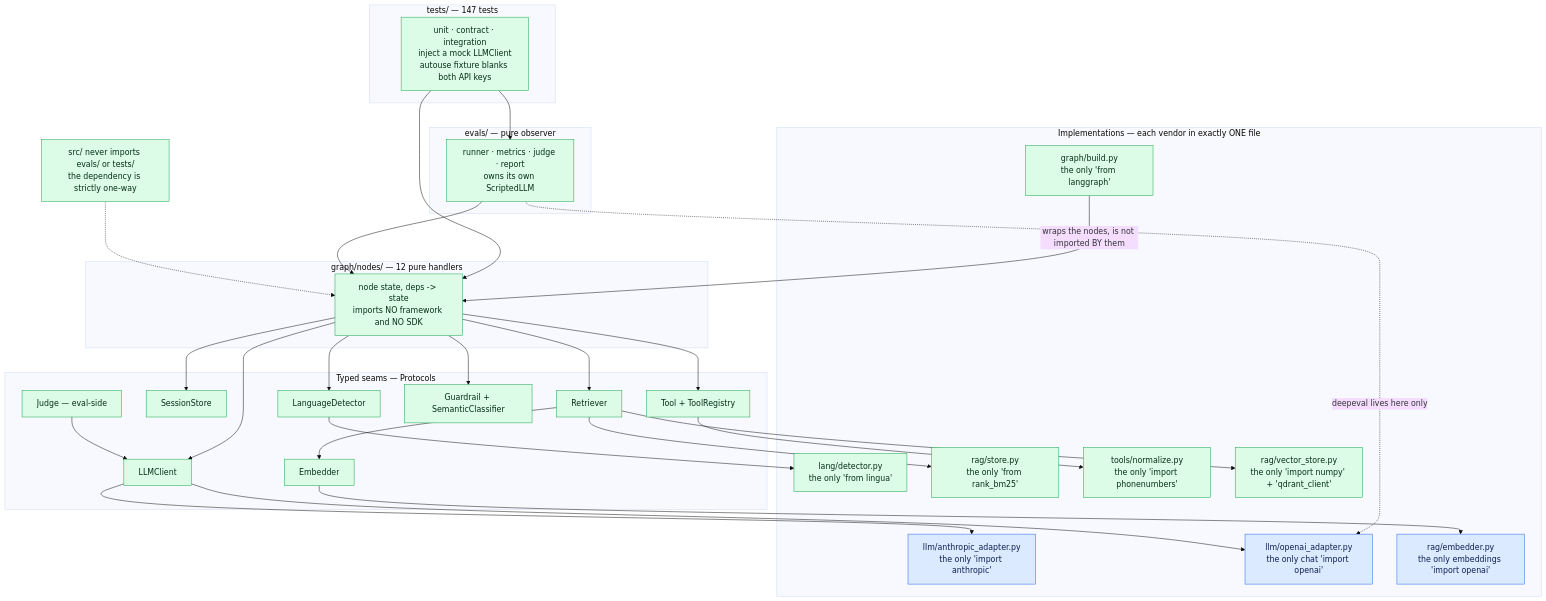
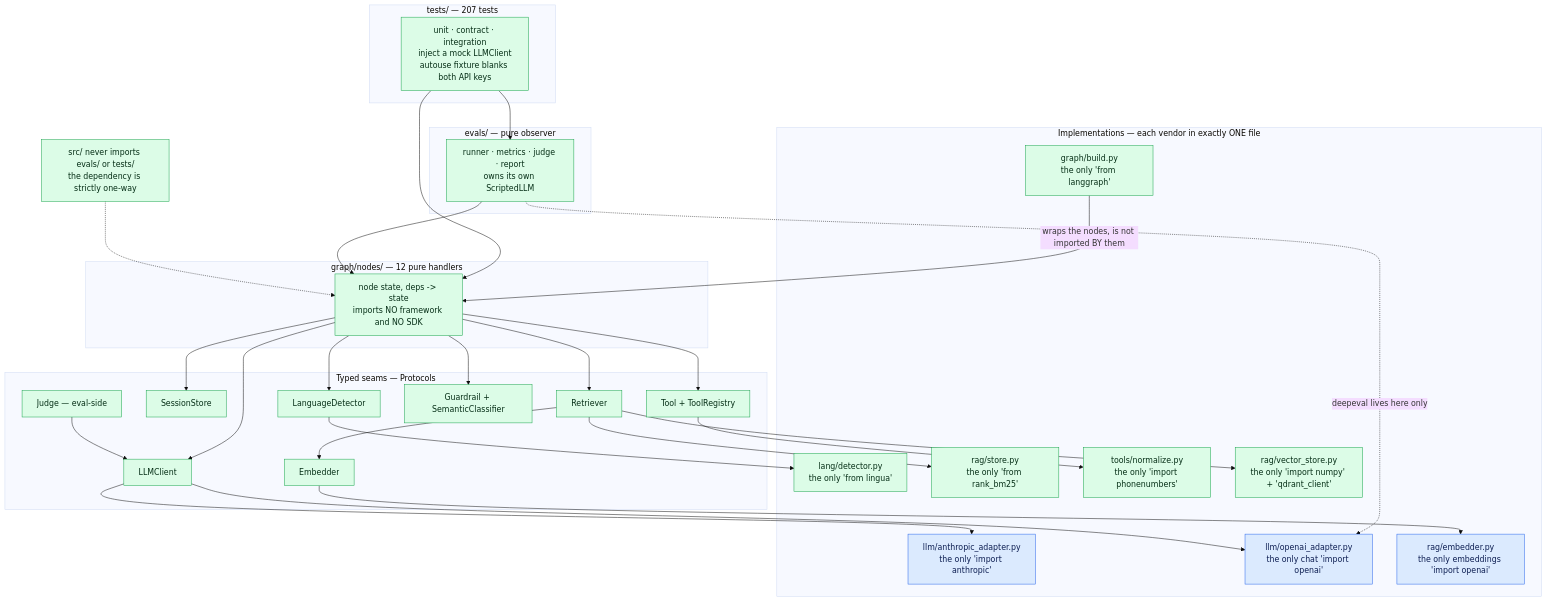
Before and after one commit to Deyber2000/zapp-ai-agent: the sixth of 6 diagrams in docs/system-flow.md, drawn with Mermaid (base theme). The commit also changed other lines of this file and 7 other files, not shown here.

````diff
--- a/docs/system-flow.md
+++ b/docs/system-flow.md
@@ -359,65 +360,65 @@
 ```mermaid
 flowchart TB
-    subgraph tests["tests/ — 147 tests"]
+    subgraph tests["tests/ — 207 tests"]
         TT["unit · contract · integration<br/>inject a mock LLMClient<br/>autouse fixture blanks both API keys"]
     end
 
     subgraph ev["evals/ — pure observer"]
         EV["runner · metrics · judge · report<br/>owns its own ScriptedLLM"]
     end
 
     subgraph nodes["graph/nodes/ — 12 pure handlers"]
         ND["node state, deps -> state<br/>imports NO framework and NO SDK"]
     end
 
     subgraph seams["Typed seams — Protocols"]
         P1["LLMClient"]
         P2["Retriever"]
         P3["Embedder"]
         P4["SessionStore"]
         P5["LanguageDetector"]
         P6["Tool + ToolRegistry"]
         P7["Guardrail + SemanticClassifier"]
         P8["Judge — eval-side"]
     end
 
     subgraph impls["Implementations — each vendor in exactly ONE file"]
         I1["llm/anthropic_adapter.py<br/>the only 'import anthropic'"]
         I2["llm/openai_adapter.py<br/>the only chat 'import openai'"]
         I3["rag/embedder.py<br/>the only embeddings 'import openai'"]
         I4["graph/build.py<br/>the only 'from langgraph'"]
         I5["lang/detector.py<br/>the only 'from lingua'"]
         I6["rag/store.py<br/>the only 'from rank_bm25'"]
         I7["tools/normalize.py<br/>the only 'import phonenumbers'"]
         I8["rag/vector_store.py<br/>the only 'import numpy' + 'qdrant_client'"]
     end
 
     TT --> EV
     TT --> ND
     EV --> ND
     EV -.->|"deepeval lives here only"| I2
     ND --> P1
     ND --> P2
     ND --> P4
     ND --> P5
     ND --> P6
     ND --> P7
     P1 --> I1
     P1 --> I2
     P2 --> I6
     P2 --> I8
     P3 --> I3
     P2 --> P3
     P5 --> I5
     P6 --> I7
     P8 --> P1
     I4 -->|"wraps the nodes, is not imported BY them"| ND
 
     NEV["src/ never imports evals/ or tests/<br/>the dependency is strictly one-way"]
     NEV -.-> ND
 
     classDef det fill:#dcfce7,stroke:#16a34a,color:#052e16;
     classDef llm fill:#dbeafe,stroke:#2563eb,color:#0c1d51;
     class TT,EV,ND,P1,P2,P3,P4,P5,P6,P7,P8,I4,I5,I6,I7,I8,NEV det;
     class I1,I2,I3 llm;
 ```
````
